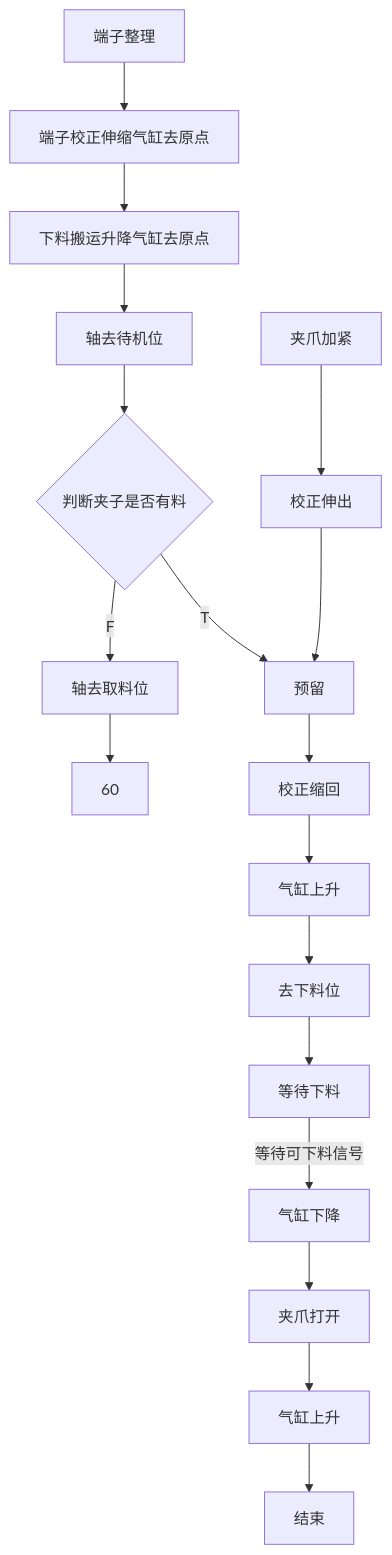
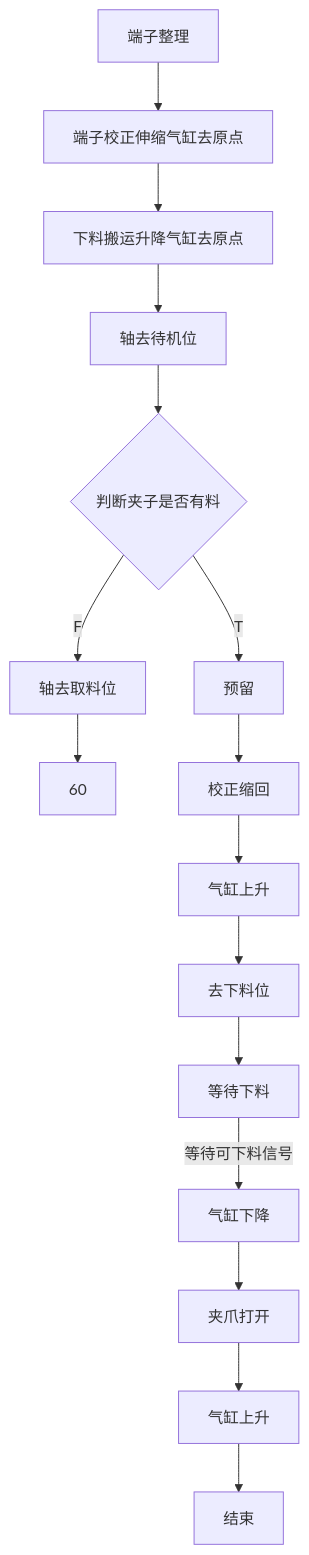
Before and after one commit to zmq000/iodraw-files: the diagram in all/VR-OP90端子整理.md, drawn with Mermaid.

Commit message:
2026-06-18 11:05:51 update

````diff
--- a/all/VR-OP90端子整理.md
+++ b/all/VR-OP90端子整理.md
@@ -1,26 +1,26 @@
 ```mermaid
 graph TD
 0[端子整理]-->10
 10[端子校正伸缩气缸去原点]-->20
 20[下料搬运升降气缸去原点]-->30
 30[轴去待机位]-->40
 40{判断夹子是否有料}-->|T|100
 40-->|F|50
 50[轴去取料位]-->60
 %% 60[夹爪打开]-->70
 %% 70[下降到位]-->80
-80[夹爪加紧]-->90
-90[校正伸出]-->100
+%% 80[夹爪加紧]-->90
+%% 90[校正伸出]-->100
 100[预留]-->110
 110[校正缩回]-->120
 120[气缸上升]-->130
 130[去下料位]-->140
 140[等待下料]-->|等待可下料信号|150
 150[气缸下降]-->160
 160[夹爪打开]-->170
 170[气缸上升]-->180
 180[结束]
 
 
   
 ```
````
